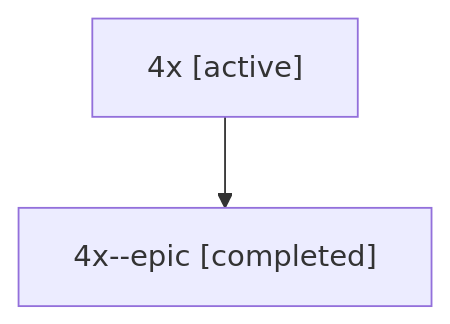
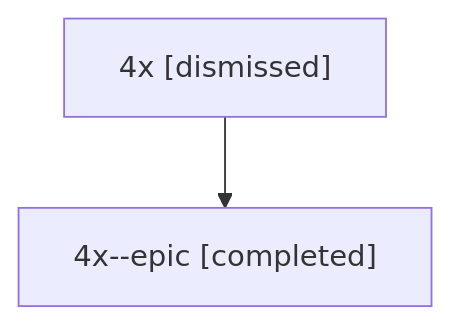
The diagram in sessions/bbugyi200.athena.4x.md (sase-org/sase--agents), drawn with Mermaid before and after one commit. The commit also changed other lines of this file and 27 other files, not shown here.

````diff
--- a/sessions/bbugyi200.athena.4x.md
+++ b/sessions/bbugyi200.athena.4x.md
@@ -9,6 +9,6 @@
 ```mermaid
 flowchart TD
-  n0["4x [active]"]
+  n0["4x [dismissed]"]
   n1["4x--epic [completed]"]
   n0 --> n1
 ```
````
